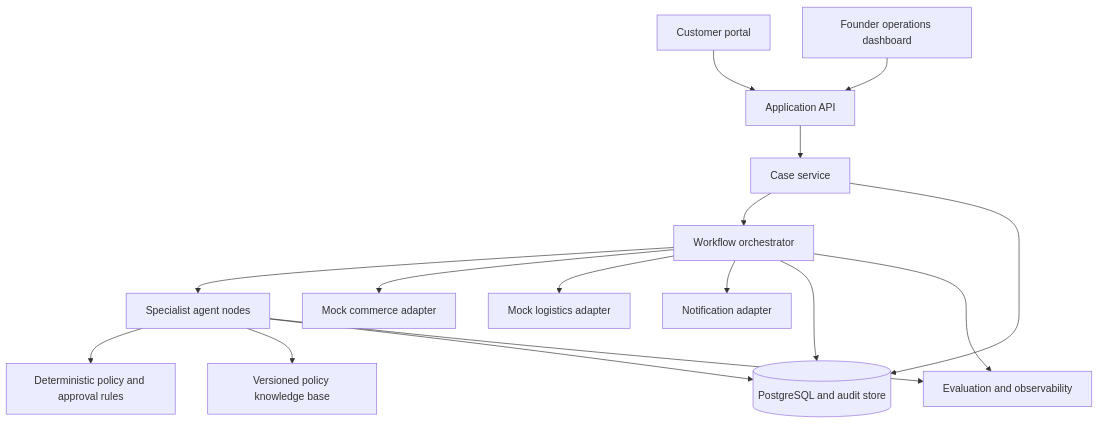
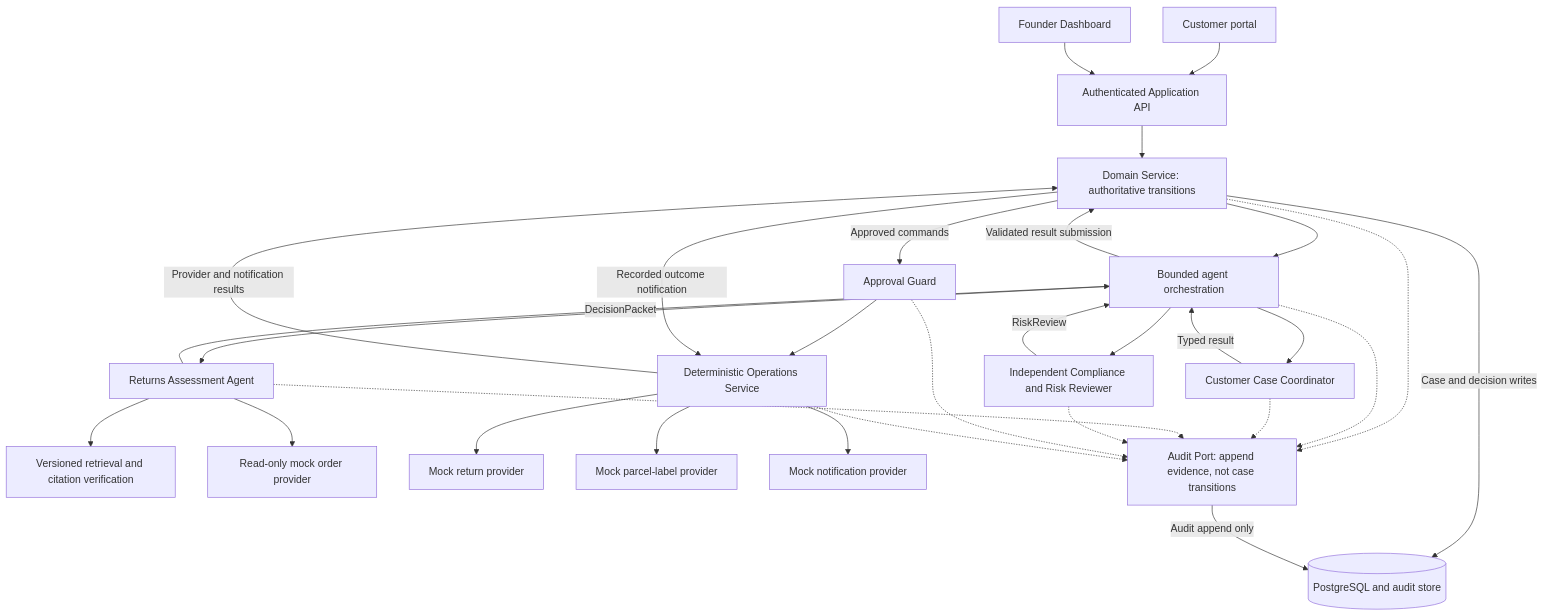
Before and after one commit to shuxiachai/returnops-au: the first of 2 diagrams in docs/02-system-design.md, drawn with Mermaid. The commit also changed other lines of this file and 22 other files, not shown here.

````diff
--- a/docs/02-system-design.md
+++ b/docs/02-system-design.md
@@ -23,32 +42,50 @@
 ```mermaid
 flowchart TB
     C["Customer portal"]
-    F["Founder operations dashboard"]
-    API["Application API"]
-    CS["Case service"]
-    ORCH["Workflow orchestrator"]
-    AG["Specialist agent nodes"]
-    RULES["Deterministic policy and approval rules"]
-    KB["Versioned policy knowledge base"]
+    F["Founder Dashboard"]
+    API["Authenticated Application API"]
+    DOM["Domain Service: authoritative transitions"]
+    ORCH["Bounded agent orchestration"]
+    COORD["Customer Case Coordinator"]
+    ASSESS["Returns Assessment Agent"]
+    RISK["Independent Compliance and Risk Reviewer"]
+    GUARD["Approval Guard"]
+    OPS["Deterministic Operations Service"]
+    KB["Versioned retrieval and citation verification"]
     DB[("PostgreSQL and audit store")]
-    COM["Mock commerce adapter"]
-    LOG["Mock logistics adapter"]
-    NOTIFY["Notification adapter"]
-    OBS["Evaluation and observability"]
+    ORDER["Read-only mock order provider"]
+    RET["Mock return provider"]
+    LOG["Mock parcel-label provider"]
+    NOTIFY["Mock notification provider"]
+    AUDIT["Audit Port: append evidence, not case transitions"]
 
     C --> API
     F --> API
-    API --> CS
-    CS --> ORCH
-    ORCH --> AG
-    AG --> RULES
-    AG --> KB
-    ORCH --> COM
-    ORCH --> LOG
-    ORCH --> NOTIFY
-    CS --> DB
-    ORCH --> DB
-    AG --> DB
-    ORCH --> OBS
-    AG --> OBS
+    API --> DOM
+    DOM --> ORCH
+    ORCH --> COORD
+    ORCH --> ASSESS
+    ORCH --> RISK
+    COORD -->|Typed result| ORCH
+    ASSESS -->|DecisionPacket| ORCH
+    RISK -->|RiskReview| ORCH
+    ORCH -->|Validated result submission| DOM
+    ASSESS --> ORDER
+    ASSESS --> KB
+    DOM -->|Approved commands| GUARD
+    GUARD --> OPS
+    OPS --> RET
+    OPS --> LOG
+    DOM -->|Recorded outcome notification| OPS
+    OPS --> NOTIFY
+    OPS -->|Provider and notification results| DOM
+    DOM -->|Case and decision writes| DB
+    DOM -.-> AUDIT
+    ORCH -.-> AUDIT
+    COORD -.-> AUDIT
+    ASSESS -.-> AUDIT
+    RISK -.-> AUDIT
+    GUARD -.-> AUDIT
+    OPS -.-> AUDIT
+    AUDIT -->|Audit append only| DB
 ```
````
